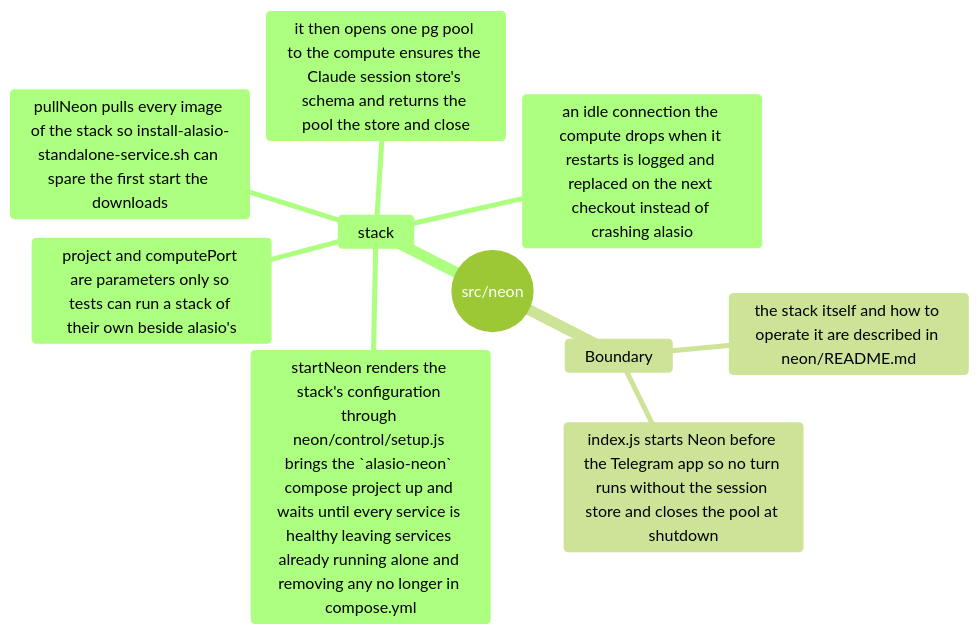
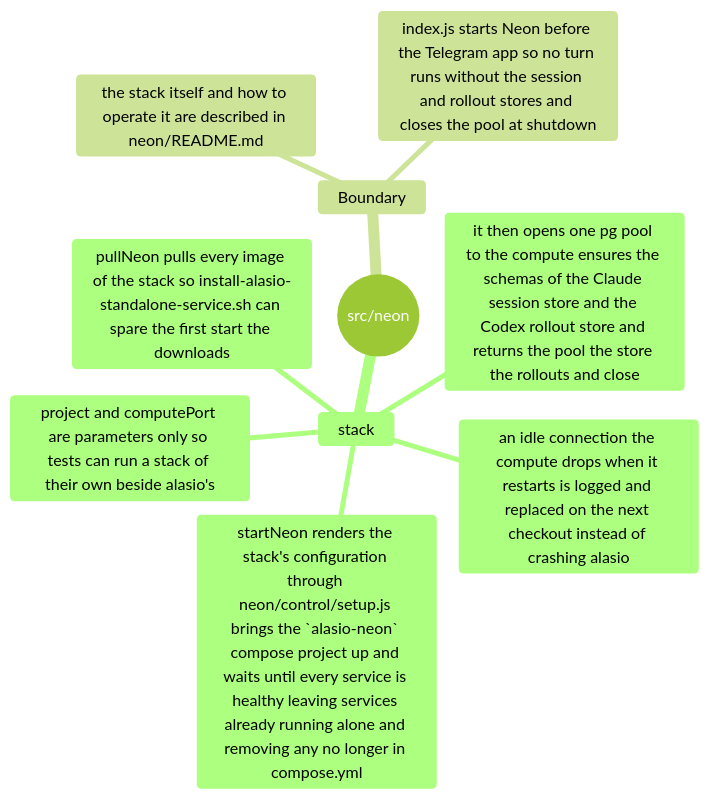
Before and after one commit to eaucoin/alasio: the first of 3 diagrams in src/neon/README.md, drawn with Mermaid (forest theme). The commit also changed 45 other files, not shown here.

````diff
--- a/src/neon/README.md
+++ b/src/neon/README.md
@@ -2,13 +2,13 @@
 ```mermaid
 mindmap
   root((src/neon))
     stack
       startNeon renders the stack's configuration through neon/control/setup.js brings the `alasio-neon` compose project up and waits until every service is healthy leaving services already running alone and removing any no longer in compose.yml
-      it then opens one pg pool to the compute ensures the Claude session store's schema and returns the pool the store and close
+      it then opens one pg pool to the compute ensures the schemas of the Claude session store and the Codex rollout store and returns the pool the store the rollouts and close
       an idle connection the compute drops when it restarts is logged and replaced on the next checkout instead of crashing alasio
       pullNeon pulls every image of the stack so install-alasio-standalone-service.sh can spare the first start the downloads
       project and computePort are parameters only so tests can run a stack of their own beside alasio's
     Boundary
       the stack itself and how to operate it are described in neon/README.md
-      index.js starts Neon before the Telegram app so no turn runs without the session store and closes the pool at shutdown
+      index.js starts Neon before the Telegram app so no turn runs without the session and rollout stores and closes the pool at shutdown
 ```
````
